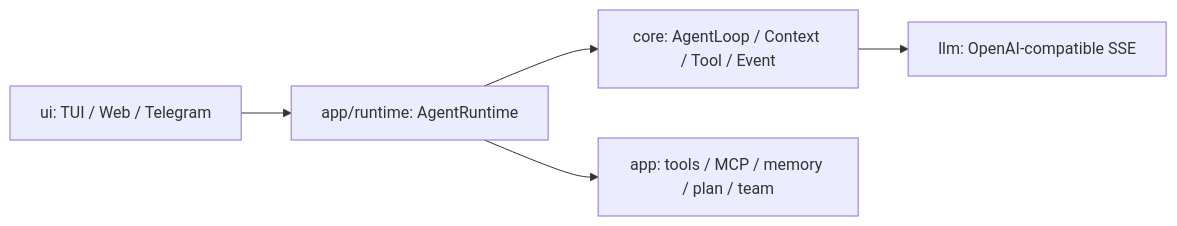
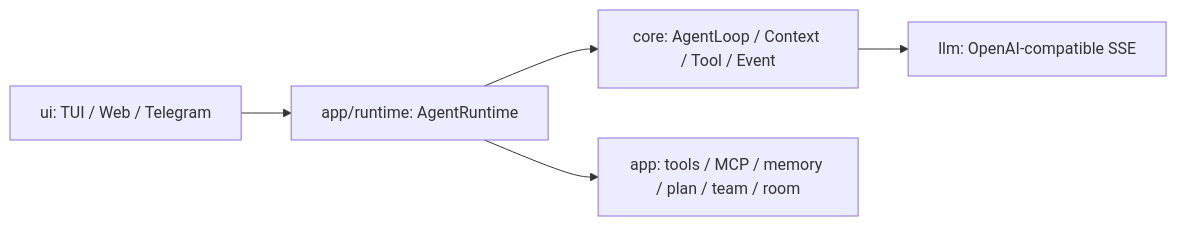
The diagram in docs/ai-readme/README.md (yangzhb-cn/aster), drawn with Mermaid before and after one commit. The commit also changed other lines of this file and 61 other files, not shown here.

````diff
--- a/docs/ai-readme/README.md
+++ b/docs/ai-readme/README.md
@@ -7,7 +7,7 @@
 ```mermaid
 flowchart LR
     UI["ui: TUI / Web / Telegram"] --> Runtime["app/runtime: AgentRuntime"]
     Runtime --> Core["core: AgentLoop / Context / Tool / Event"]
     Core --> LLM["llm: OpenAI-compatible SSE"]
-    Runtime --> App["app: tools / MCP / memory / plan / team"]
+    Runtime --> App["app: tools / MCP / memory / plan / team / room"]
 ```
````
